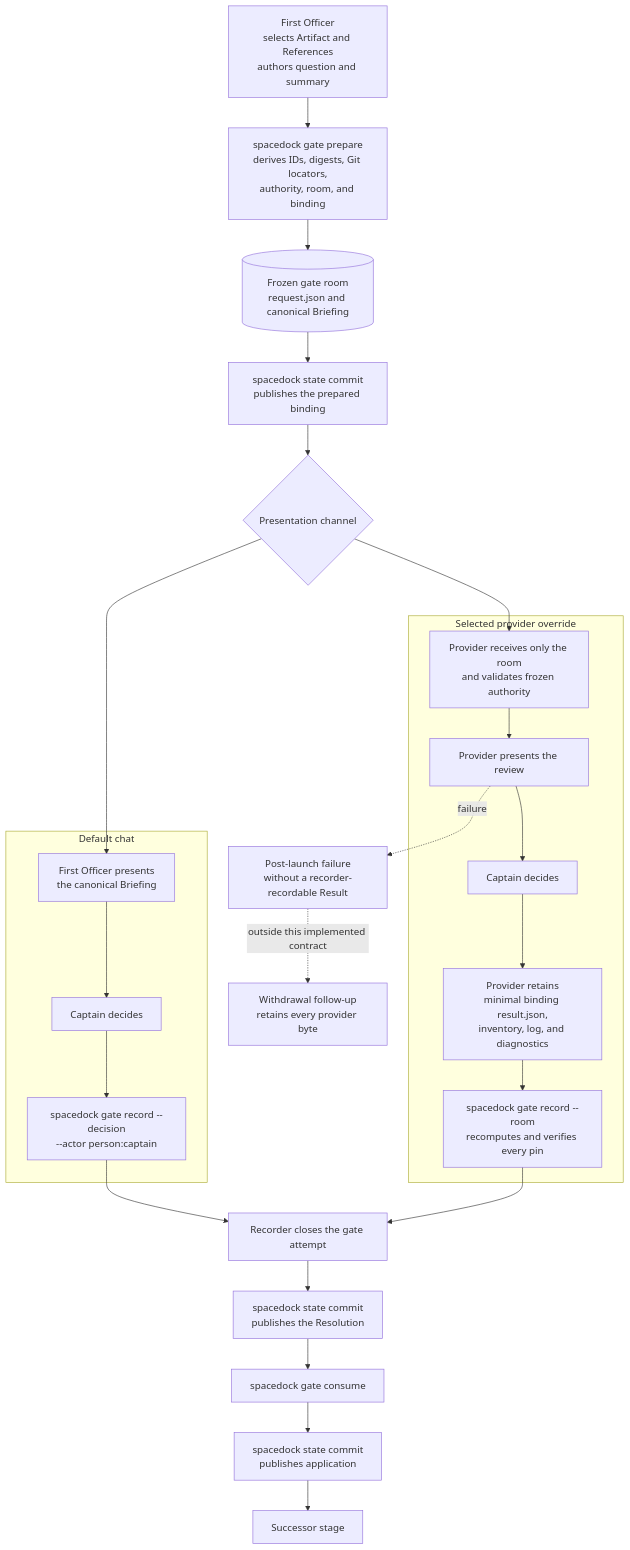
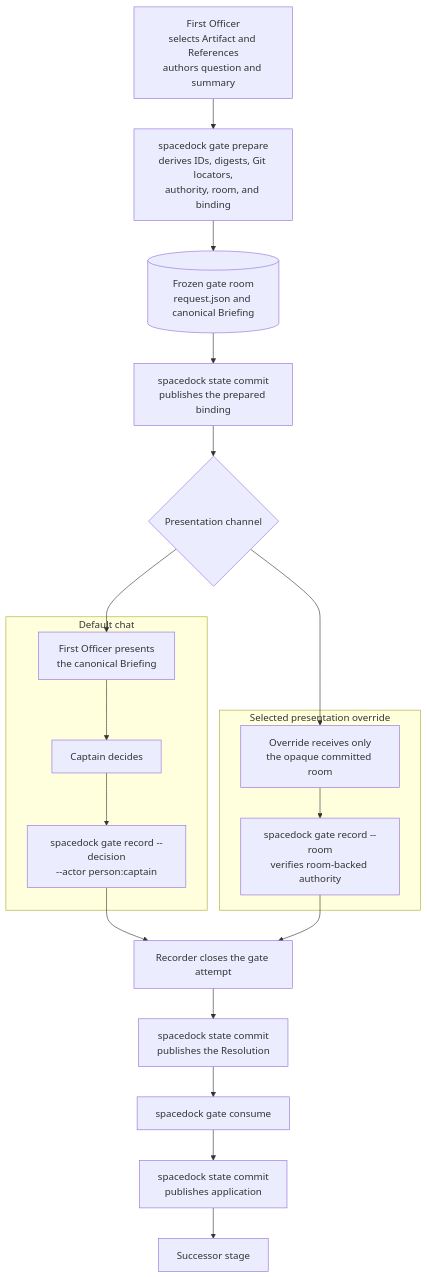
Before and after one commit to spacedock-dev/spacedock: the diagram in docs/specs/gate-resolution-frontmatter-contract.md, drawn with Mermaid. The commit also changed other lines of this file and 6 other files, not shown here.

Commit message:
make gate presentation provider neutral

````diff
--- a/docs/specs/gate-resolution-frontmatter-contract.md
+++ b/docs/specs/gate-resolution-frontmatter-contract.md
@@ -26,42 +25,33 @@
 ```mermaid
 flowchart TD
     FO["First Officer<br/>selects Artifact and References<br/>authors question and summary"]
     PREP["spacedock gate prepare<br/>derives IDs, digests, Git locators,<br/>authority, room, and binding"]
     ROOM[("Frozen gate room<br/>request.json and canonical Briefing")]
     COMMIT_PREP["spacedock state commit<br/>publishes the prepared binding"]
     CHANNEL{"Presentation channel"}
 
     FO --> PREP --> ROOM --> COMMIT_PREP --> CHANNEL
 
     subgraph CHAT["Default chat"]
         CHAT_REVIEW["First Officer presents<br/>the canonical Briefing"]
         CHAT_DECISION["Captain decides"]
         CHAT_RECORD["spacedock gate record --decision<br/>--actor person:captain"]
         CHAT_REVIEW --> CHAT_DECISION --> CHAT_RECORD
     end
 
-    subgraph PROVIDER["Selected provider override"]
-        PROVIDER_LOAD["Provider receives only the room<br/>and validates frozen authority"]
-        PROVIDER_REVIEW["Provider presents the review"]
-        PROVIDER_DECISION["Captain decides"]
-        PROVIDER_EVIDENCE["Provider retains<br/>minimal binding result.json,<br/>inventory, log, and diagnostics"]
-        PROVIDER_RECORD["spacedock gate record --room<br/>recomputes and verifies every pin"]
-        PROVIDER_LOAD --> PROVIDER_REVIEW --> PROVIDER_DECISION
-        PROVIDER_DECISION --> PROVIDER_EVIDENCE --> PROVIDER_RECORD
+    subgraph OVERRIDE["Selected presentation override"]
+        HANDOFF["Override receives only<br/>the opaque committed room"]
+        ROOM_RECORD["spacedock gate record --room<br/>verifies room-backed authority"]
+        HANDOFF --> ROOM_RECORD
     end
 
     CHANNEL --> CHAT_REVIEW
-    CHANNEL --> PROVIDER_LOAD
+    CHANNEL --> HANDOFF
 
     CHAT_RECORD --> CLOSED["Recorder closes the gate attempt"]
-    PROVIDER_RECORD --> CLOSED
+    ROOM_RECORD --> CLOSED
     CLOSED --> COMMIT_CLOSE["spacedock state commit<br/>publishes the Resolution"]
     COMMIT_CLOSE --> CONSUME["spacedock gate consume"]
     CONSUME --> COMMIT_CONSUME["spacedock state commit<br/>publishes application"]
     COMMIT_CONSUME --> NEXT["Successor stage"]
-
-    PARTIAL["Post-launch failure<br/>without a recorder-recordable Result"]
-    WITHDRAW["Withdrawal follow-up<br/>retains every provider byte"]
-    PROVIDER_REVIEW -. "failure" .-> PARTIAL
-    PARTIAL -. "outside this implemented contract" .-> WITHDRAW
 ```
````
